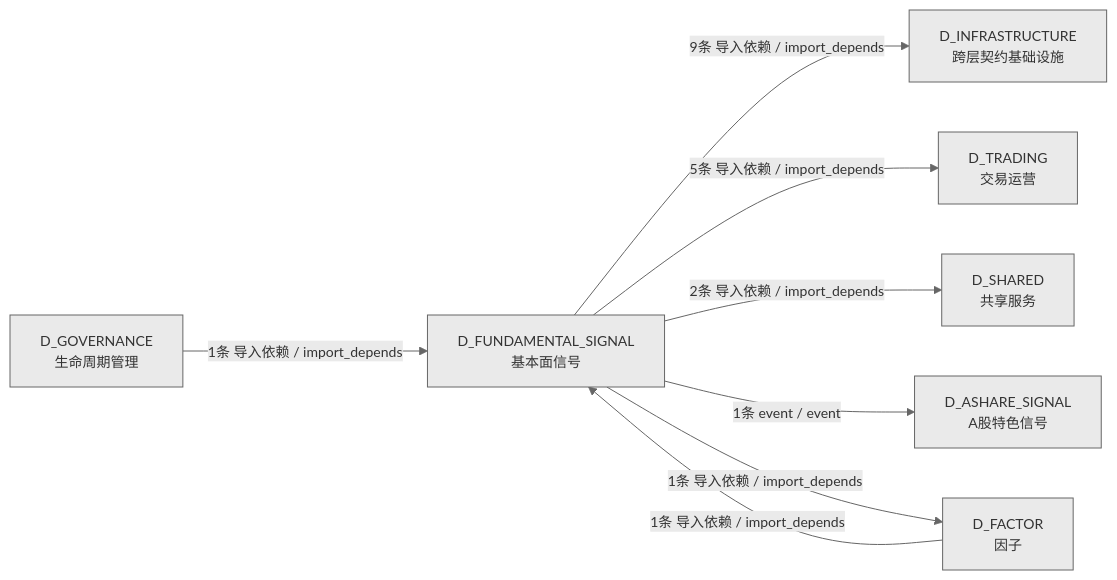
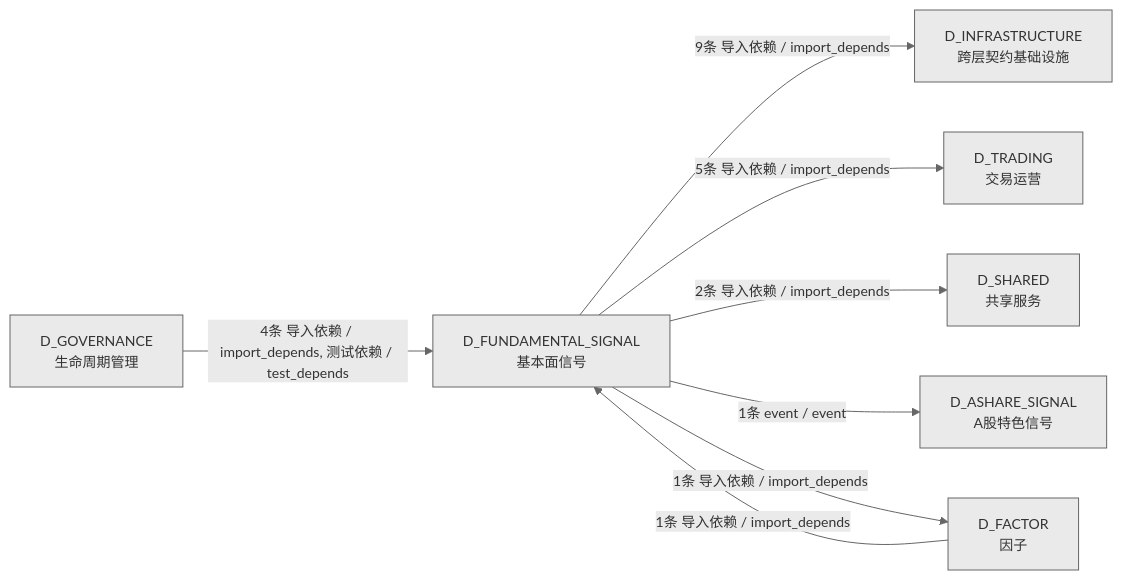
One commit to xuanFelixVan/ZephyrAlpha changed the fourth of 4 diagrams in docs/02_enterprise_architecture/02_domain_architecture_docs/48_d_fundamental_signal.md. Above: the diagram before and after it, drawn with Mermaid. The commit also changed other lines of this file and 45 other files, not shown here.

````diff
--- a/docs/02_enterprise_architecture/02_domain_architecture_docs/48_d_fundamental_signal.md
+++ b/docs/02_enterprise_architecture/02_domain_architecture_docs/48_d_fundamental_signal.md
@@ -216,18 +222,18 @@
 ```mermaid
 %%{init: {'theme': 'base', 'themeVariables': {'primaryColor': '#eaeaea', 'primaryTextColor': '#333333', 'primaryBorderColor': '#666666', 'lineColor': '#666666', 'secondaryColor': '#eaeaea', 'tertiaryColor': '#eaeaea', 'fontSize': '14px'}}}%%
 graph LR
     D_FUNDAMENTAL_SIGNAL["D_FUNDAMENTAL_SIGNAL<br/>基本面信号"]
     D_INFRASTRUCTURE["D_INFRASTRUCTURE<br/>跨层契约基础设施"]
     D_TRADING["D_TRADING<br/>交易运营"]
     D_SHARED["D_SHARED<br/>共享服务"]
     D_ASHARE_SIGNAL["D_ASHARE_SIGNAL<br/>A股特色信号"]
     D_FACTOR["D_FACTOR<br/>因子"]
     D_GOVERNANCE["D_GOVERNANCE<br/>生命周期管理"]
     D_FUNDAMENTAL_SIGNAL -->|9条 导入依赖 / import_depends| D_INFRASTRUCTURE
     D_FUNDAMENTAL_SIGNAL -->|5条 导入依赖 / import_depends| D_TRADING
     D_FUNDAMENTAL_SIGNAL -->|2条 导入依赖 / import_depends| D_SHARED
     D_FUNDAMENTAL_SIGNAL -->|1条 event / event| D_ASHARE_SIGNAL
     D_FUNDAMENTAL_SIGNAL -->|1条 导入依赖 / import_depends| D_FACTOR
+    D_GOVERNANCE -->|4条 导入依赖 / import_depends, 测试依赖 / test_depends| D_FUNDAMENTAL_SIGNAL
     D_FACTOR -->|1条 导入依赖 / import_depends| D_FUNDAMENTAL_SIGNAL
-    D_GOVERNANCE -->|1条 导入依赖 / import_depends| D_FUNDAMENTAL_SIGNAL
 ```
````
